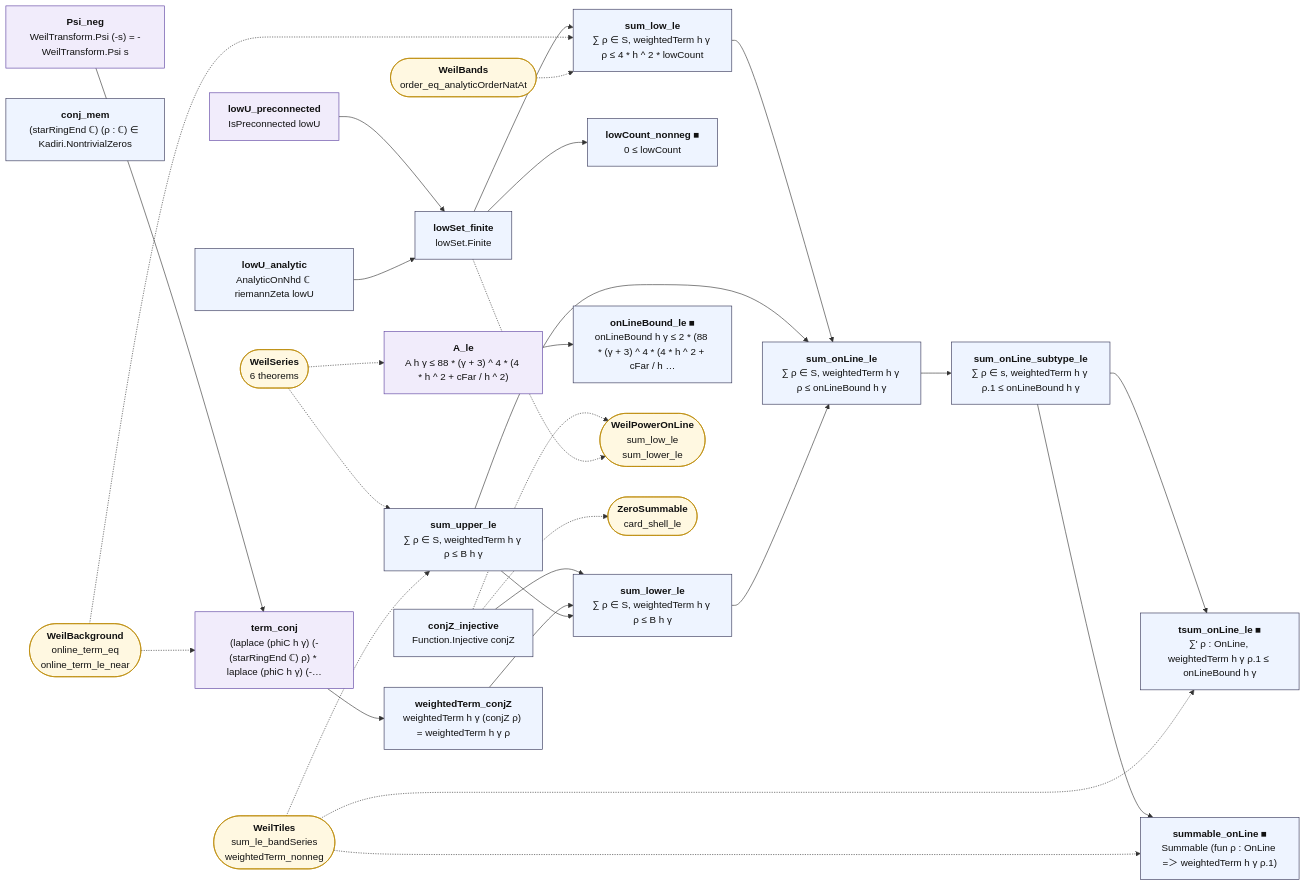
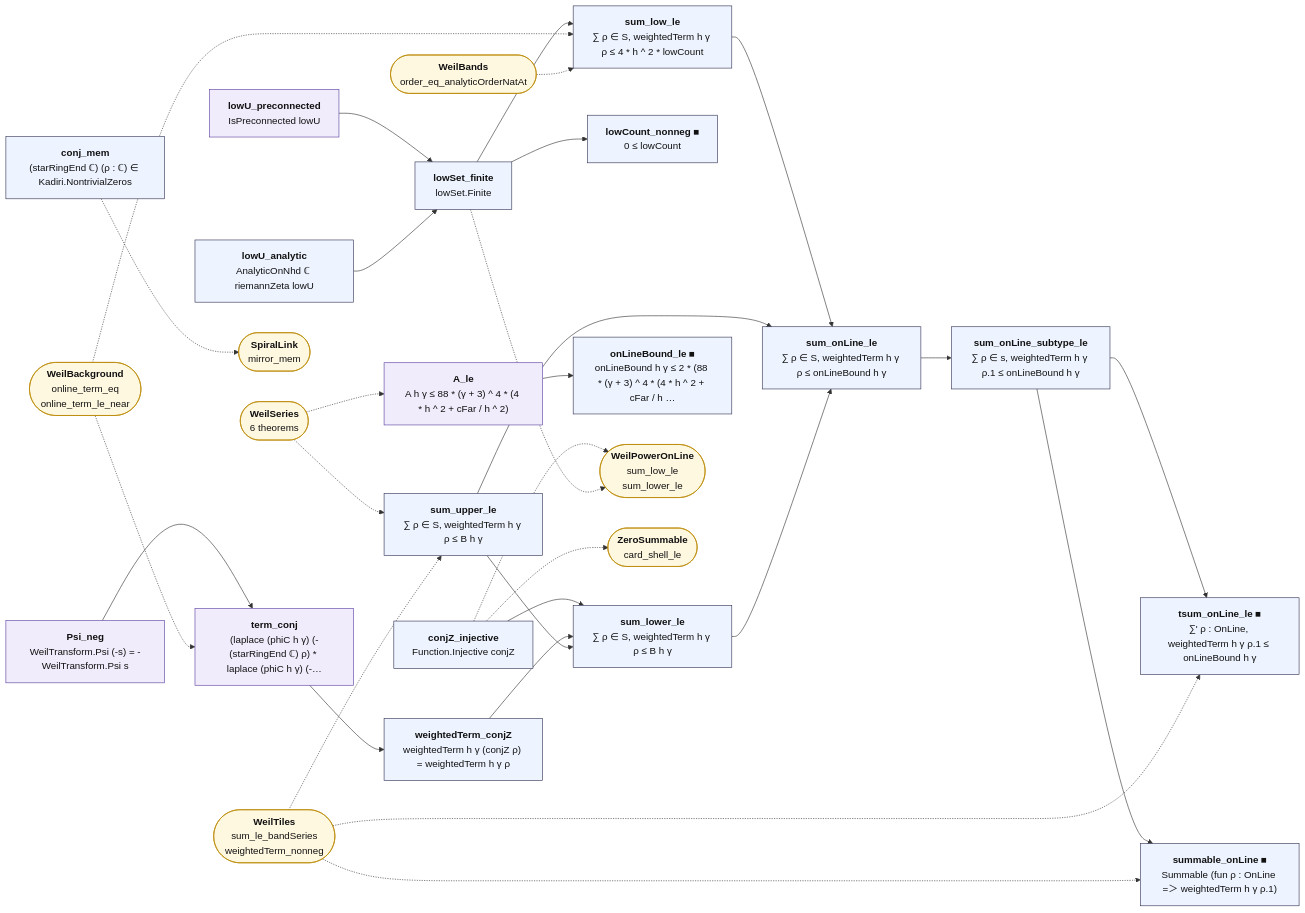
Before and after one commit to juliansambranojr/Primebeat_081426: the diagram in map/lean_stage3/WeilOnLine.mmd, drawn with Mermaid. The commit also changed 25 other files, not shown here.

First line of the commit message:
Block J2: the spiral link stated in Lean; one zero at each height (unit 0477)

```diff
--- a/map/lean_stage3/WeilOnLine.mmd
+++ b/map/lean_stage3/WeilOnLine.mmd
@@ -1,60 +1,62 @@
 flowchart LR
   n0["<b>Psi_neg</b><br/>WeilTransform.Psi (-s) = -WeilTransform.Psi s"]:::shp
   n1["<b>term_conj</b><br/>(laplace (phiC h γ) (-(starRingEnd ℂ) ρ) * laplace (phiC h γ) (-…"]:::shp
   n2["<b>conj_mem</b><br/>(starRingEnd ℂ) (ρ : ℂ) ∈ Kadiri.NontrivialZeros"]:::thm
   n3["<b>conjZ_injective</b><br/>Function.Injective conjZ"]:::thm
   n4["<b>weightedTerm_conjZ</b><br/>weightedTerm h γ (conjZ ρ) = weightedTerm h γ ρ"]:::thm
   n5["<b>sum_upper_le</b><br/>∑ ρ ∈ S, weightedTerm h γ ρ ≤ B h γ"]:::thm
   n6["<b>sum_lower_le</b><br/>∑ ρ ∈ S, weightedTerm h γ ρ ≤ B h γ"]:::thm
   n7["<b>lowU_preconnected</b><br/>IsPreconnected lowU"]:::shp
   n8["<b>lowU_analytic</b><br/>AnalyticOnNhd ℂ riemannZeta lowU"]:::thm
   n9["<b>lowSet_finite</b><br/>lowSet.Finite"]:::thm
   n10["<b>lowCount_nonneg ■</b><br/>0 ≤ lowCount"]:::thm
   n11["<b>sum_low_le</b><br/>∑ ρ ∈ S, weightedTerm h γ ρ ≤ 4 * h ^ 2 * lowCount"]:::thm
   n12["<b>sum_onLine_le</b><br/>∑ ρ ∈ S, weightedTerm h γ ρ ≤ onLineBound h γ"]:::thm
   n13["<b>sum_onLine_subtype_le</b><br/>∑ ρ ∈ s, weightedTerm h γ ρ.1 ≤ onLineBound h γ"]:::thm
   n14["<b>tsum_onLine_le ■</b><br/>∑' ρ : OnLine, weightedTerm h γ ρ.1 ≤ onLineBound h γ"]:::thm
   n15["<b>summable_onLine ■</b><br/>Summable (fun ρ : OnLine =＞ weightedTerm h γ ρ.1)"]:::thm
   n16["<b>A_le</b><br/>A h γ ≤ 88 * (γ + 3) ^ 4 * (4 * h ^ 2 + cFar / h ^ 2)"]:::shp
   n17["<b>onLineBound_le ■</b><br/>onLineBound h γ ≤ 2 * (88 * (γ + 3) ^ 4 * (4 * h ^ 2 + cFar / h …"]:::thm
   x0(["<b>WeilBackground</b><br/>online_term_eq<br/>online_term_le_near"]):::ext
-  x1(["<b>WeilPowerOnLine</b><br/>sum_low_le<br/>sum_lower_le"]):::ext
-  x2(["<b>ZeroSummable</b><br/>card_shell_le"]):::ext
-  x3(["<b>WeilSeries</b><br/>6 theorems"]):::ext
-  x4(["<b>WeilTiles</b><br/>sum_le_bandSeries<br/>weightedTerm_nonneg"]):::ext
-  x5(["<b>WeilBands</b><br/>order_eq_analyticOrderNatAt"]):::ext
+  x1(["<b>SpiralLink</b><br/>mirror_mem"]):::ext
+  x2(["<b>WeilPowerOnLine</b><br/>sum_low_le<br/>sum_lower_le"]):::ext
+  x3(["<b>ZeroSummable</b><br/>card_shell_le"]):::ext
+  x4(["<b>WeilSeries</b><br/>6 theorems"]):::ext
+  x5(["<b>WeilTiles</b><br/>sum_le_bandSeries<br/>weightedTerm_nonneg"]):::ext
+  x6(["<b>WeilBands</b><br/>order_eq_analyticOrderNatAt"]):::ext
   n0 --> n1
   n1 --> n4
   n11 --> n12
   n12 --> n13
   n13 --> n14
   n13 --> n15
   n16 --> n17
   n3 --> n6
   n4 --> n6
   n5 --> n12
   n5 --> n6
   n6 --> n12
   n7 --> n9
   n8 --> n9
   n9 --> n10
   n9 --> n11
-  n3 -.-> x1
+  n2 -.-> x1
   n3 -.-> x2
-  n9 -.-> x1
+  n3 -.-> x3
+  n9 -.-> x2
   x0 -.-> n1
   x0 -.-> n11
-  x3 -.-> n16
-  x3 -.-> n5
-  x4 -.-> n14
-  x4 -.-> n15
+  x4 -.-> n16
   x4 -.-> n5
-  x5 -.-> n11
+  x5 -.-> n14
+  x5 -.-> n15
+  x5 -.-> n5
+  x6 -.-> n11
   classDef cnt fill:#dff5ec,stroke:#17694a,color:#111
   classDef shp fill:#f1ecfb,stroke:#5b3fa0,color:#111
   classDef rh fill:#ffe5e5,stroke:#c22,color:#111,stroke-width:2px
   classDef thm fill:#eef4ff,stroke:#335,color:#111
   classDef end_ fill:#e7f7e7,stroke:#2a7,color:#111,stroke-width:2px
   classDef lone fill:#fff,stroke:#999,color:#111,stroke-dasharray:4 3
   classDef bad fill:#ffe5e5,stroke:#c22,color:#111,stroke-width:2px
   classDef ext fill:#fff8e1,stroke:#b80,color:#111
```
